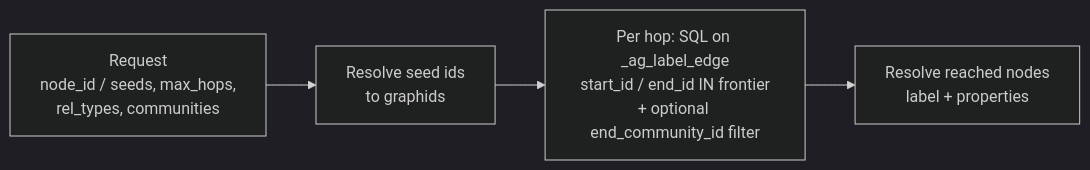
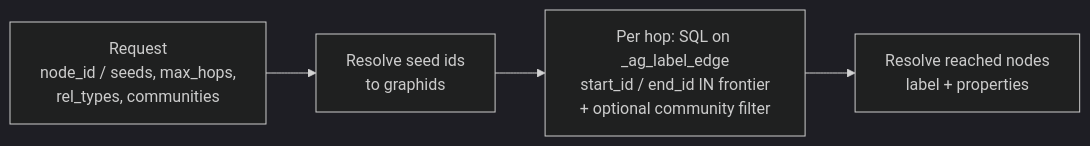
One commit to pomentum/graphos changed the first of 2 diagrams in docs/features.md. Above: the diagram before and after it, drawn with Mermaid (dark theme). The commit also changed other lines of this file and 11 other files, not shown here.

````diff
--- a/docs/features.md
+++ b/docs/features.md
@@ -185,8 +186,8 @@
   ```mermaid
   flowchart LR
       H["Request<br/>node_id / seeds, max_hops,<br/>rel_types, communities"]
       S["Resolve seed ids<br/>to graphids"]
-      Q["Per hop: SQL on _ag_label_edge<br/>start_id / end_id IN frontier<br/>+ optional end_community_id filter"]
+      Q["Per hop: SQL on _ag_label_edge<br/>start_id / end_id IN frontier<br/>+ optional community filter"]
       P["Resolve reached nodes<br/>label + properties"]
       H --> S --> Q --> P
   ```
````
